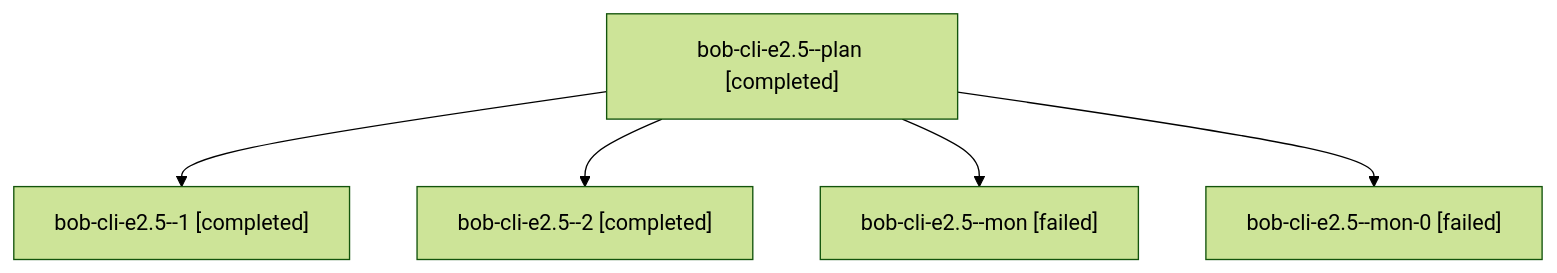
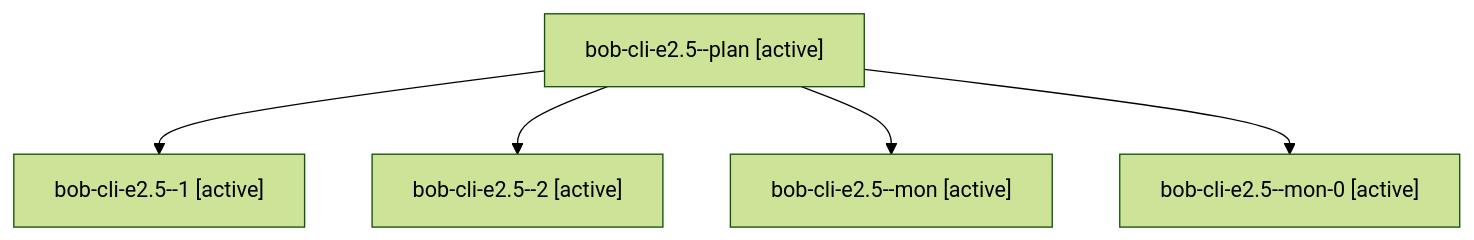
The diagram in sessions/bbugyi200.athena.bob-cli-e2.5.md (bobs-org/bob-cli--agents), drawn with Mermaid (forest theme) before and after one commit. The commit also changed other lines of this file and 58 other files, not shown here.

````diff
--- a/sessions/bbugyi200.athena.bob-cli-e2.5.md
+++ b/sessions/bbugyi200.athena.bob-cli-e2.5.md
@@ -9,12 +9,12 @@
 ```mermaid
 flowchart TD
-  n0["bob-cli-e2.5--plan [completed]"]
-  n1["bob-cli-e2.5--1 [completed]"]
+  n0["bob-cli-e2.5--plan [active]"]
+  n1["bob-cli-e2.5--1 [active]"]
   n0 --> n1
-  n2["bob-cli-e2.5--2 [completed]"]
+  n2["bob-cli-e2.5--2 [active]"]
   n0 --> n2
-  n3["bob-cli-e2.5--mon [failed]"]
+  n3["bob-cli-e2.5--mon [active]"]
   n0 --> n3
-  n4["bob-cli-e2.5--mon-0 [failed]"]
+  n4["bob-cli-e2.5--mon-0 [active]"]
   n0 --> n4
 ```
````
